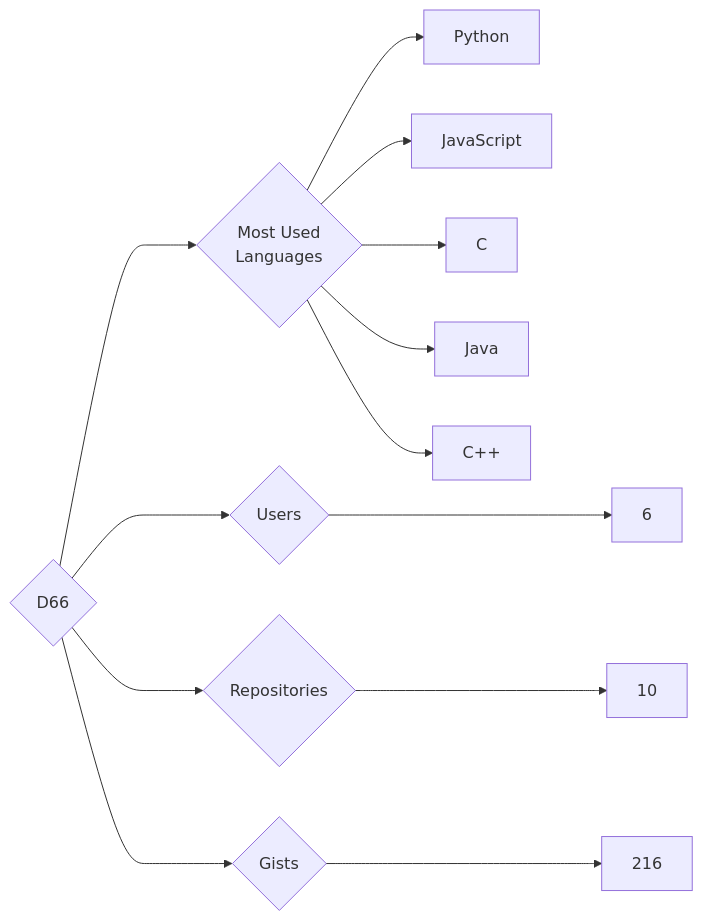
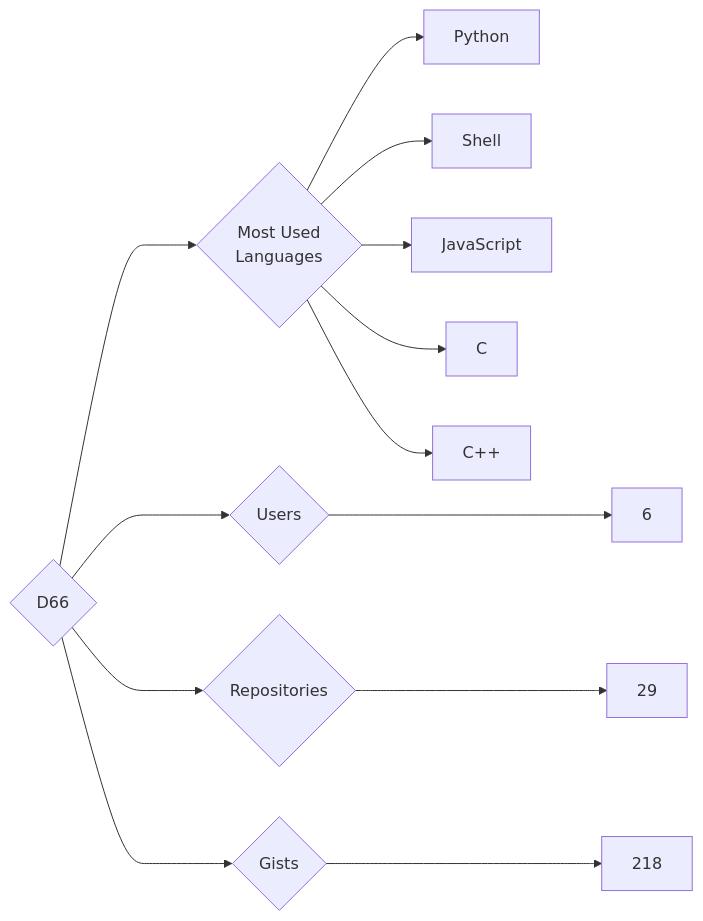
Before and after one commit to trickest/insiders: the diagram in targets/D66/README.md, drawn with Mermaid. The commit also changed 644 other files, not shown here.

````diff
--- a/targets/D66/README.md
+++ b/targets/D66/README.md
@@ -3,13 +3,13 @@
 ```mermaid
 graph LR
 COMPANY_NAME{D66}
 COMPANY_NAME ---> U{Users} ---> UN[6]
-COMPANY_NAME ---> R{Repositories} ---> RN[10]
-COMPANY_NAME ---> G{Gists} ---> GN[216]
+COMPANY_NAME ---> R{Repositories} ---> RN[29]
+COMPANY_NAME ---> G{Gists} ---> GN[218]
 COMPANY_NAME ---> ML{Most Used<br>Languages}
 ML --> Python[Python]
+ML --> Shell[Shell]
 ML --> JavaScript[JavaScript]
 ML --> C[C]
-ML --> Java[Java]
 ML --> C++[C++]
 ```
````
